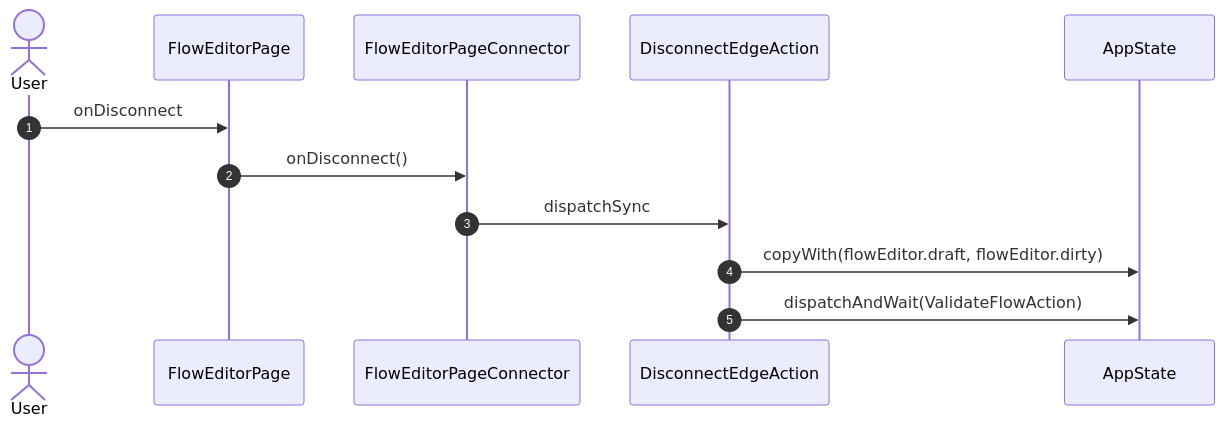
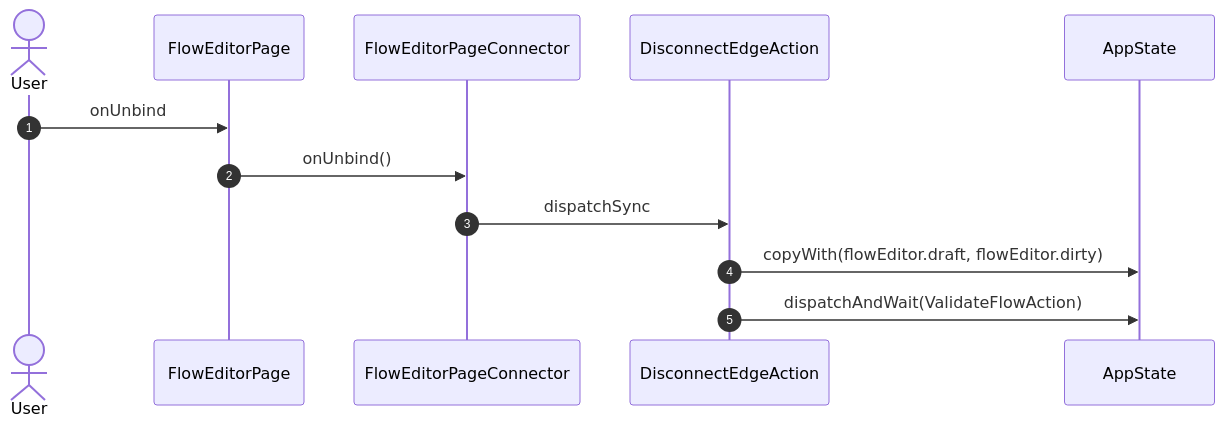
Before and after one commit to gencto/wyrm: diagram 12 of 20 in studio/docs/flows/flowEditor.md, drawn with Mermaid. The commit also changed other lines of this file and 48 other files, not shown here.

````diff
--- a/studio/docs/flows/flowEditor.md
+++ b/studio/docs/flows/flowEditor.md
@@ -218,15 +229,15 @@
 ```mermaid
 sequenceDiagram
     autonumber
     actor User
     participant UI as FlowEditorPage
     participant VM as FlowEditorPageConnector
     participant A1 as DisconnectEdgeAction
     participant ST as AppState
 
-    User->>UI: onDisconnect
-    UI->>VM: onDisconnect()
+    User->>UI: onUnbind
+    UI->>VM: onUnbind()
     VM->>A1: dispatchSync
     A1->>ST: copyWith(flowEditor.draft, flowEditor.dirty)
     A1->>ST: dispatchAndWait(ValidateFlowAction)
 ```
````
